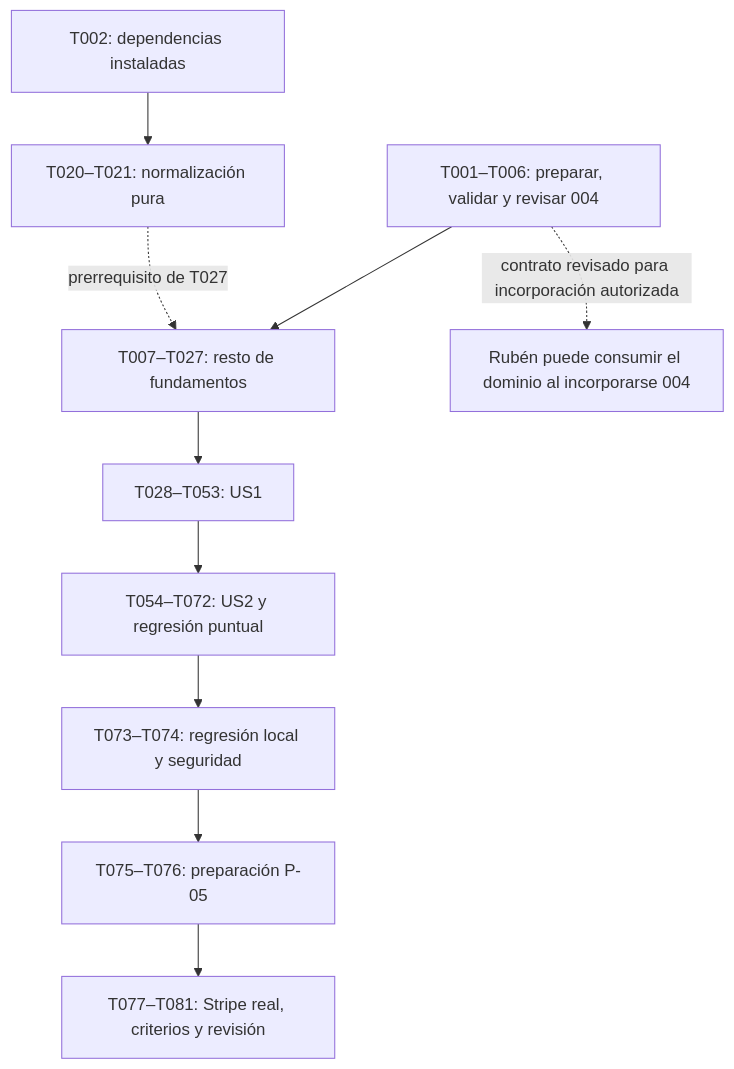
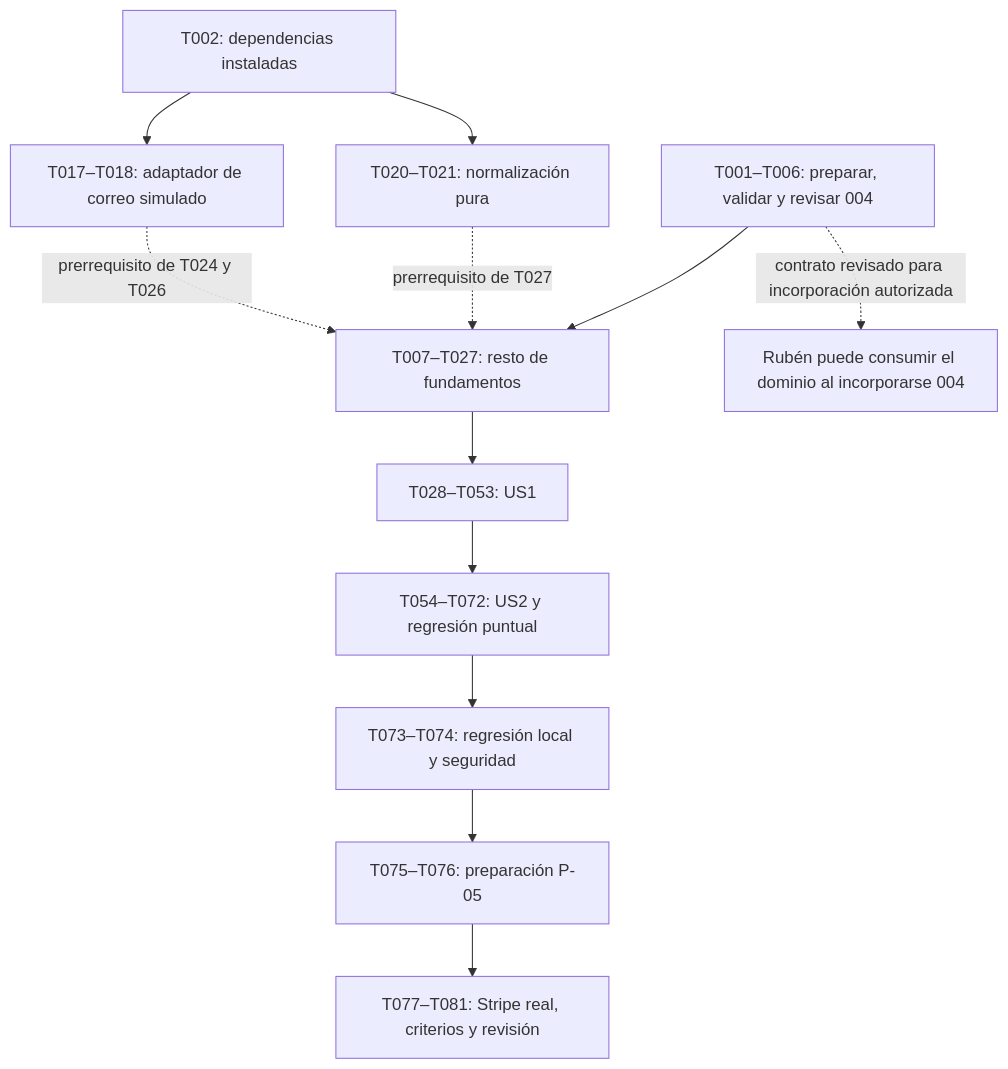
The diagram in specs/spec-001/tasks.md (nmp55-ua/IWEB_ONG), drawn with Mermaid before and after one commit. The commit also changed other lines of this file and 3 other files, not shown here.

````diff
--- a/specs/spec-001/tasks.md
+++ b/specs/spec-001/tasks.md
@@ -458,12 +473,14 @@
 ```mermaid
 flowchart TD
     A["T001–T006: preparar, validar y revisar 004"] --> B["T007–T027: resto de fundamentos"]
     A -. "contrato revisado para incorporación autorizada" .-> R["Rubén puede consumir el dominio al incorporarse 004"]
     N["T002: dependencias instaladas"] --> P["T020–T021: normalización pura"]
     P -. "prerrequisito de T027" .-> B
+    N --> S["T017–T018: adaptador de correo simulado"]
+    S -. "prerrequisito de T024 y T026" .-> B
     B --> C["T028–T053: US1"]
     C --> D["T054–T072: US2 y regresión puntual"]
     D --> E["T073–T074: regresión local y seguridad"]
     E --> F["T075–T076: preparación P-05"]
     F --> G["T077–T081: Stripe real, criterios y revisión"]
 ```
````
